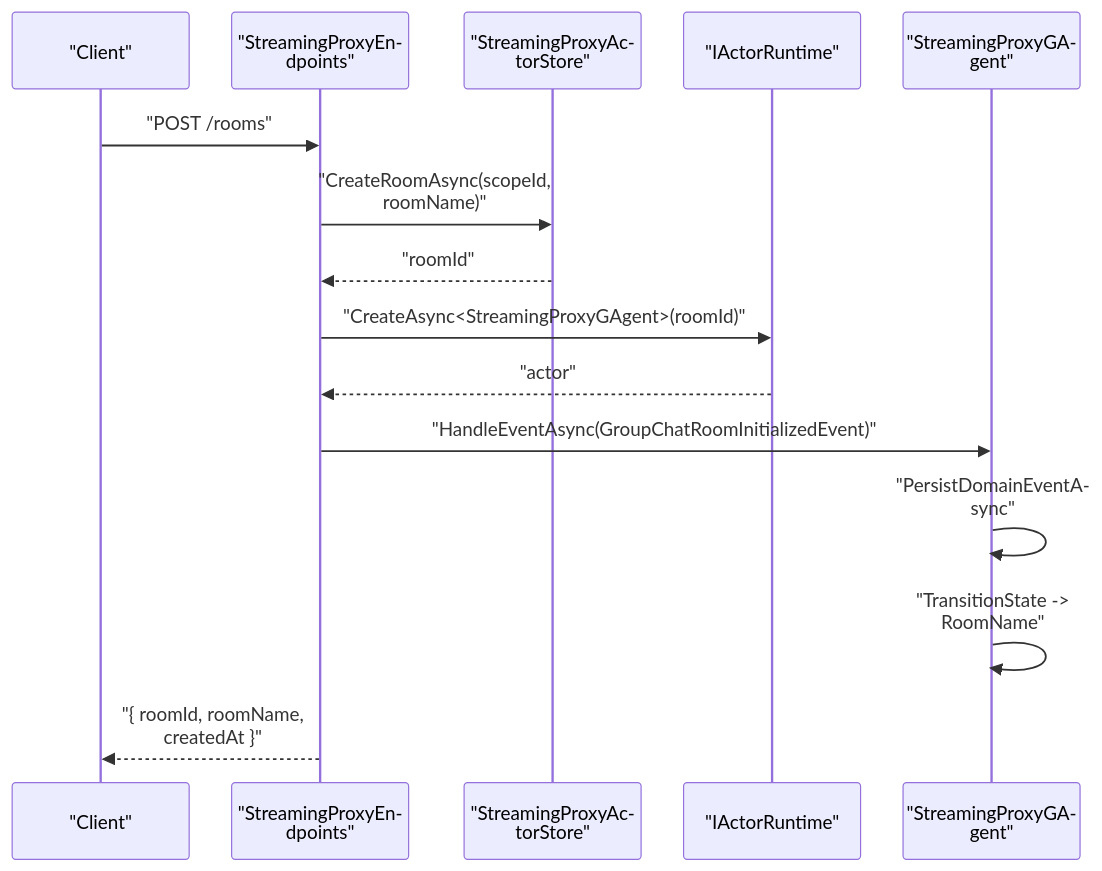
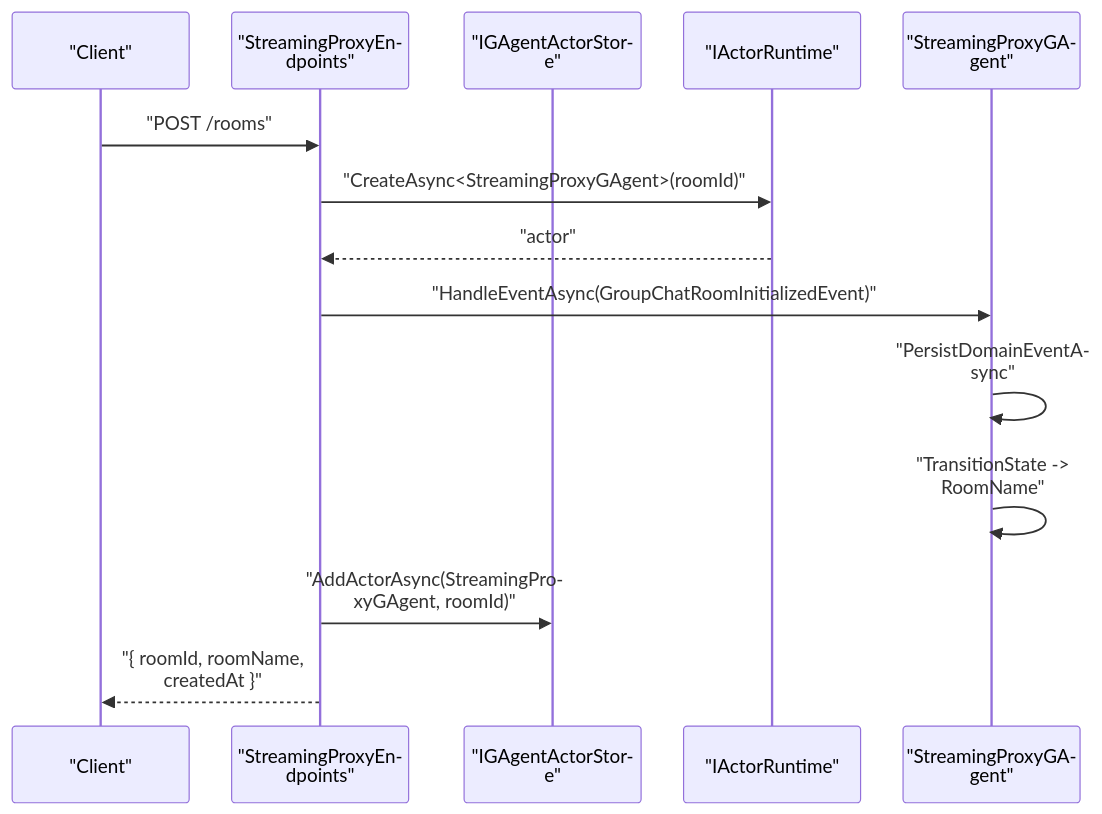
Before and after one commit to aevatarAI/aevatar: the second of 5 diagrams in docs/2026-04-02-streaming-proxy-flow.md, drawn with Mermaid. The commit also changed other lines of this file and 1 other file, not shown here.

Commit message:
chore: align streaming proxy docs and tests

````diff
--- a/docs/2026-04-02-streaming-proxy-flow.md
+++ b/docs/2026-04-02-streaming-proxy-flow.md
@@ -67,19 +71,18 @@
 ```mermaid
 %%{init: {"maxTextSize": 100000, "flowchart": {"useMaxWidth": false, "nodeSpacing": 10, "rankSpacing": 50}, "themeVariables": {"fontSize": "10px"}, "sequence": {"useMaxWidth": false, "actorFontSize": 10, "messageFontSize": 10, "noteFontSize": 10, "actorMargin": 36, "messageMargin": 10, "diagramMarginX": 12, "diagramMarginY": 12, "wrap": true}}}%%
 sequenceDiagram
     participant CL as "Client"
     participant API as "StreamingProxyEndpoints"
-    participant STORE as "StreamingProxyActorStore"
+    participant STORE as "IGAgentActorStore"
     participant RT as "IActorRuntime"
     participant ACT as "StreamingProxyGAgent"
 
     CL->>API: "POST /rooms"
-    API->>STORE: "CreateRoomAsync(scopeId, roomName)"
-    STORE-->>API: "roomId"
     API->>RT: "CreateAsync<StreamingProxyGAgent>(roomId)"
     RT-->>API: "actor"
     API->>ACT: "HandleEventAsync(GroupChatRoomInitializedEvent)"
     ACT->>ACT: "PersistDomainEventAsync"
     ACT->>ACT: "TransitionState -> RoomName"
+    API->>STORE: "AddActorAsync(StreamingProxyGAgent, roomId)"
     API-->>CL: "{ roomId, roomName, createdAt }"
 ```
````
